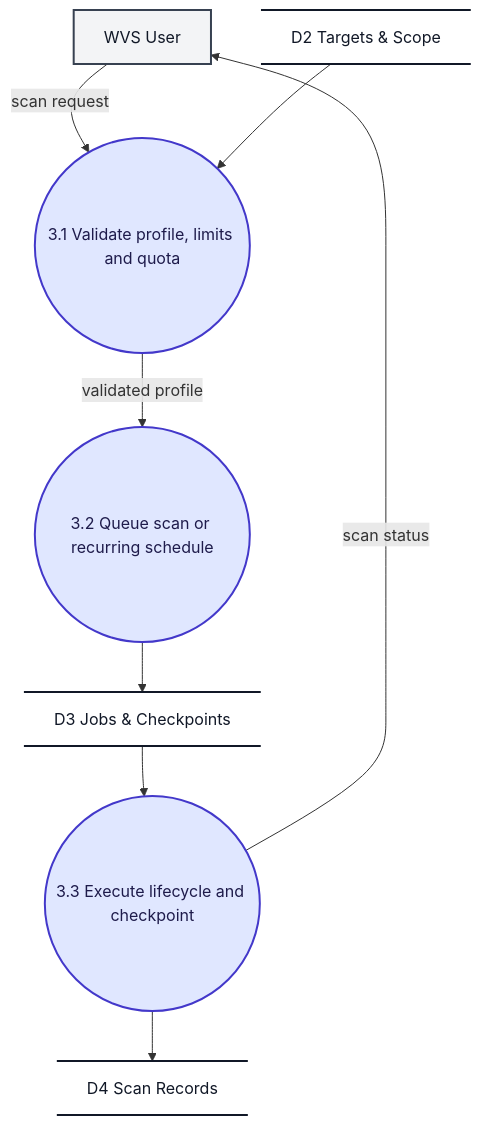
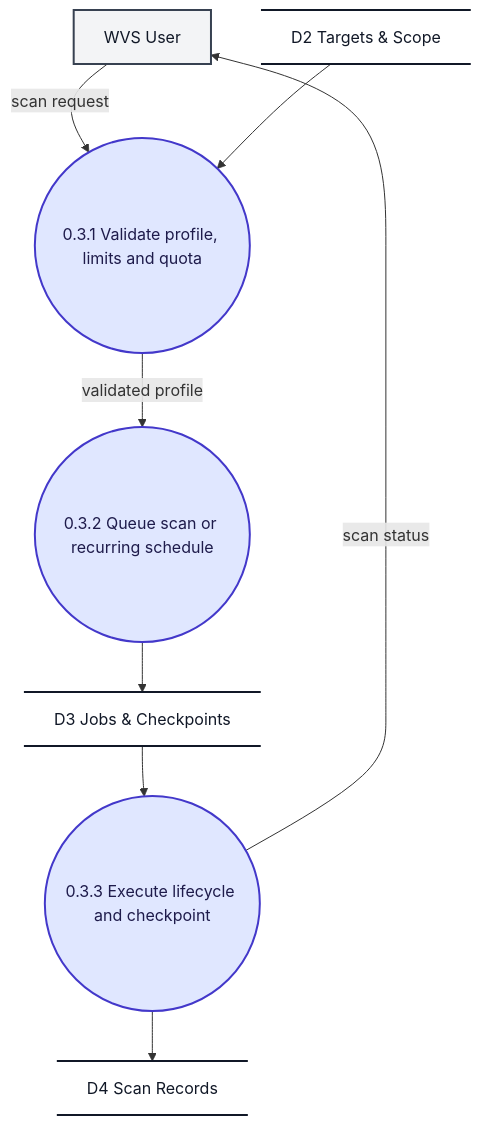
Before and after one commit to ksacheth/software-engineering: the fifth of 10 diagrams in docs/Website_Vulnerability_Scanner_DFD.md, drawn with Mermaid. The commit also changed other lines of this file and 25 other files, not shown here.

Commit message:
docs(dfd): refine scanner data flow diagrams

````diff
--- a/docs/Website_Vulnerability_Scanner_DFD.md
+++ b/docs/Website_Vulnerability_Scanner_DFD.md
@@ -208,28 +220,28 @@
 ```mermaid
 flowchart TD
     %% Level 2 DFD - F.3 Scan Configuration and Execution
 
     User["WVS User"]
-    P31(("3.1 Validate profile, limits and quota"))
-    P32(("3.2 Queue scan or recurring schedule"))
-    P33(("3.3 Execute lifecycle and checkpoint"))
+    P31(("0.3.1 Validate profile, limits and quota"))
+    P32(("0.3.2 Queue scan or recurring schedule"))
+    P33(("0.3.3 Execute lifecycle and checkpoint"))
     D2@{ shape: datastore, label: "D2 Targets & Scope" }
     D3@{ shape: datastore, label: "D3 Jobs & Checkpoints" }
     D4@{ shape: datastore, label: "D4 Scan Records" }
 
     User -->|"scan request"| P31
     P33 -->|"scan status"| User
     P31 -->|"validated profile"| P32
     D2 --> P31
     P32 --> D3
     D3 --> P33
     P33 --> D4
 
     %% Styling
     classDef process fill:#e0e7ff,stroke:#4338ca,stroke-width:2px,color:#1e1b4b;
     classDef entity fill:#f3f4f6,stroke:#374151,stroke-width:2px,color:#111827;
     classDef store fill:transparent,stroke:#111827,stroke-width:2px,color:#111827;
     class P31,P32,P33 process;
     class User entity;
     class D2,D3,D4 store;
 ```
````
